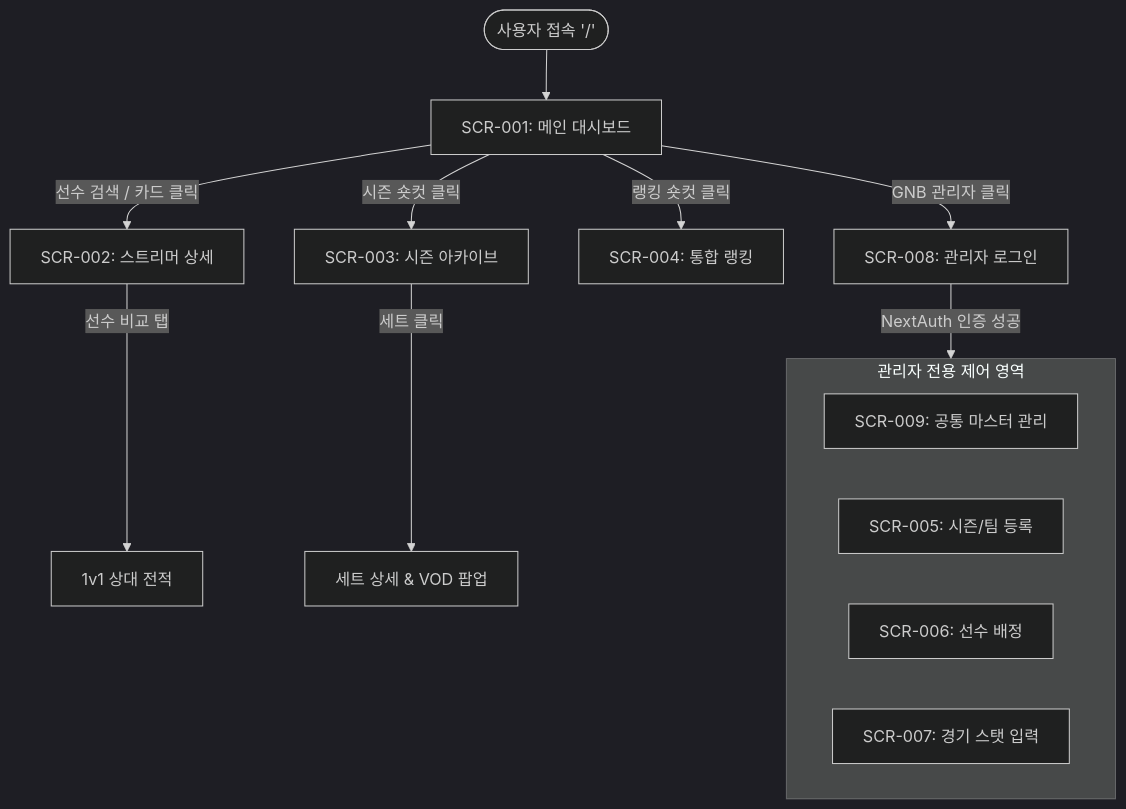
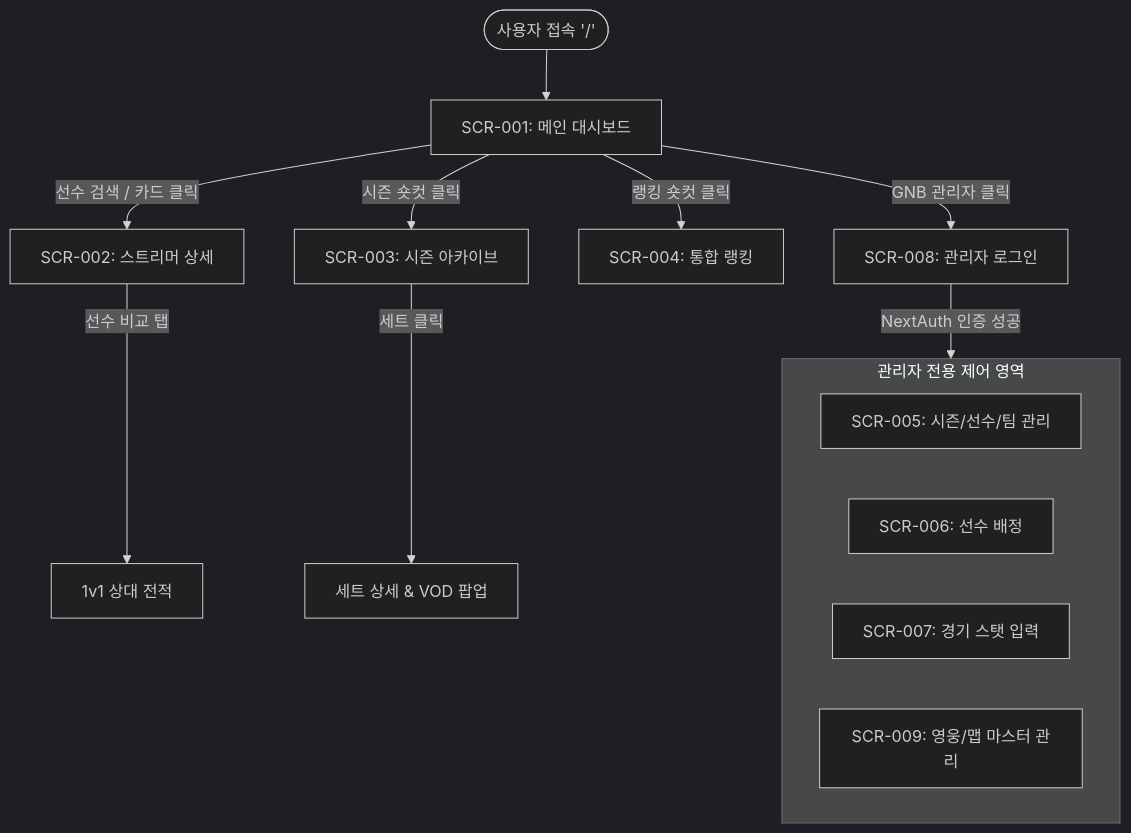
The diagram in 산출물/초기계획/ROMS_메뉴구성도.md (junhyeon0325/ROMS), drawn with Mermaid (dark theme) before and after one commit. The commit also changed other lines of this file and 7 other files, not shown here.

````diff
--- a/산출물/초기계획/ROMS_메뉴구성도.md
+++ b/산출물/초기계획/ROMS_메뉴구성도.md
@@ -88,21 +88,21 @@
 ```mermaid
 flowchart TD
     Start([사용자 접속 '/']) --> SCR001[SCR-001: 메인 대시보드]
 
     SCR001 -->|선수 검색 / 카드 클릭| SCR002[SCR-002: 스트리머 상세]
     SCR001 -->|시즌 숏컷 클릭| SCR003[SCR-003: 시즌 아카이브]
     SCR001 -->|랭킹 숏컷 클릭| SCR004[SCR-004: 통합 랭킹]
 
     SCR002 -->|선수 비교 탭| SCR002_Compare[1v1 상대 전적]
     SCR003 -->|세트 클릭| SCR003_Modal[세트 상세 & VOD 팝업]
 
     SCR001 -->|GNB 관리자 클릭| SCR008[SCR-008: 관리자 로그인]
     SCR008 -->|NextAuth 인증 성공| AdminGroup[Admin Portal]
 
     subgraph AdminGroup [관리자 전용 제어 영역]
-        SCR009[SCR-009: 공통 마스터 관리]
-        SCR005[SCR-005: 시즌/팀 등록]
+        SCR005[SCR-005: 시즌/선수/팀 관리]
         SCR006[SCR-006: 선수 배정]
         SCR007[SCR-007: 경기 스탯 입력]
+        SCR009[SCR-009: 영웅/맵 마스터 관리]
     end
 ```
````
